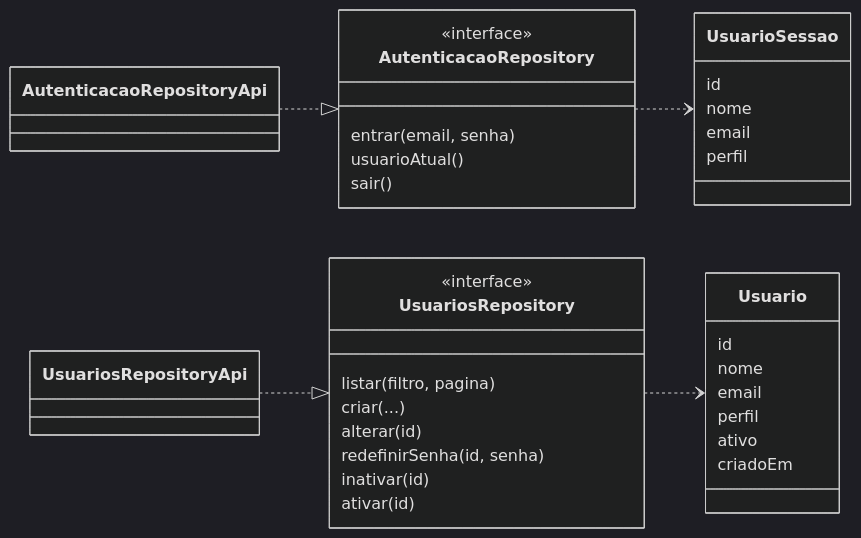
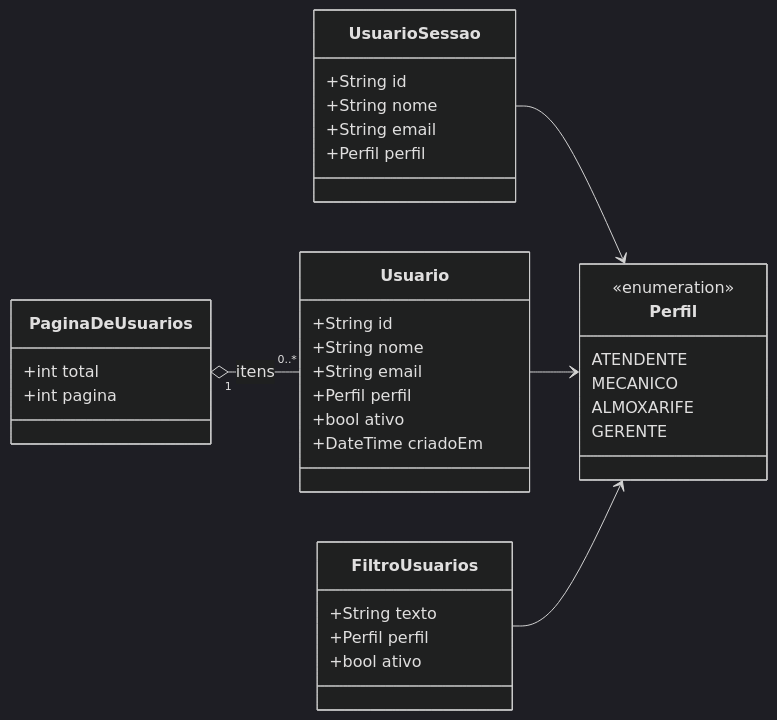
The diagram in OficinaFacilSecondBrain/diagramas/S2/Classes.md (eltobsjr/oficina-facil), drawn with Mermaid (dark theme) before and after one commit. The commit also changed other lines of this file and 54 other files, not shown here.

First line of the commit message:
Reformula a apresentação ao professor e os diagramas de sequência

````diff
--- a/OficinaFacilSecondBrain/diagramas/S2/Classes.md
+++ b/OficinaFacilSecondBrain/diagramas/S2/Classes.md
@@ -9,40 +11,44 @@
 ```mermaid
 classDiagram
   direction LR
+
+  class Perfil {
+    <<enumeration>>
+    ATENDENTE
+    MECANICO
+    ALMOXARIFE
+    GERENTE
+  }
+
   class UsuarioSessao {
-    id
-    nome
-    email
-    perfil
+    +String id
+    +String nome
+    +String email
+    +Perfil perfil
   }
-  class AutenticacaoRepository {
-    <<interface>>
-    entrar(email, senha)
-    usuarioAtual()
-    sair()
+
+  class Usuario {
+    +String id
+    +String nome
+    +String email
+    +Perfil perfil
+    +bool ativo
+    +DateTime criadoEm
   }
-  class AutenticacaoRepositoryApi
-  class Usuario {
-    id
-    nome
-    email
-    perfil
-    ativo
-    criadoEm
+
+  class FiltroUsuarios {
+    +String texto
+    +Perfil perfil
+    +bool ativo
   }
-  class UsuariosRepository {
-    <<interface>>
-    listar(filtro, pagina)
-    criar(...)
-    alterar(id)
-    redefinirSenha(id, senha)
-    inativar(id)
-    ativar(id)
+
+  class PaginaDeUsuarios {
+    +int total
+    +int pagina
   }
-  class UsuariosRepositoryApi
 
-  AutenticacaoRepositoryApi ..|> AutenticacaoRepository
-  AutenticacaoRepository ..> UsuarioSessao
-  UsuariosRepositoryApi ..|> UsuariosRepository
-  UsuariosRepository ..> Usuario
+  UsuarioSessao --> Perfil
+  Usuario --> Perfil
+  FiltroUsuarios --> Perfil
+  PaginaDeUsuarios "1" o-- "0..*" Usuario : itens
 ```
````
